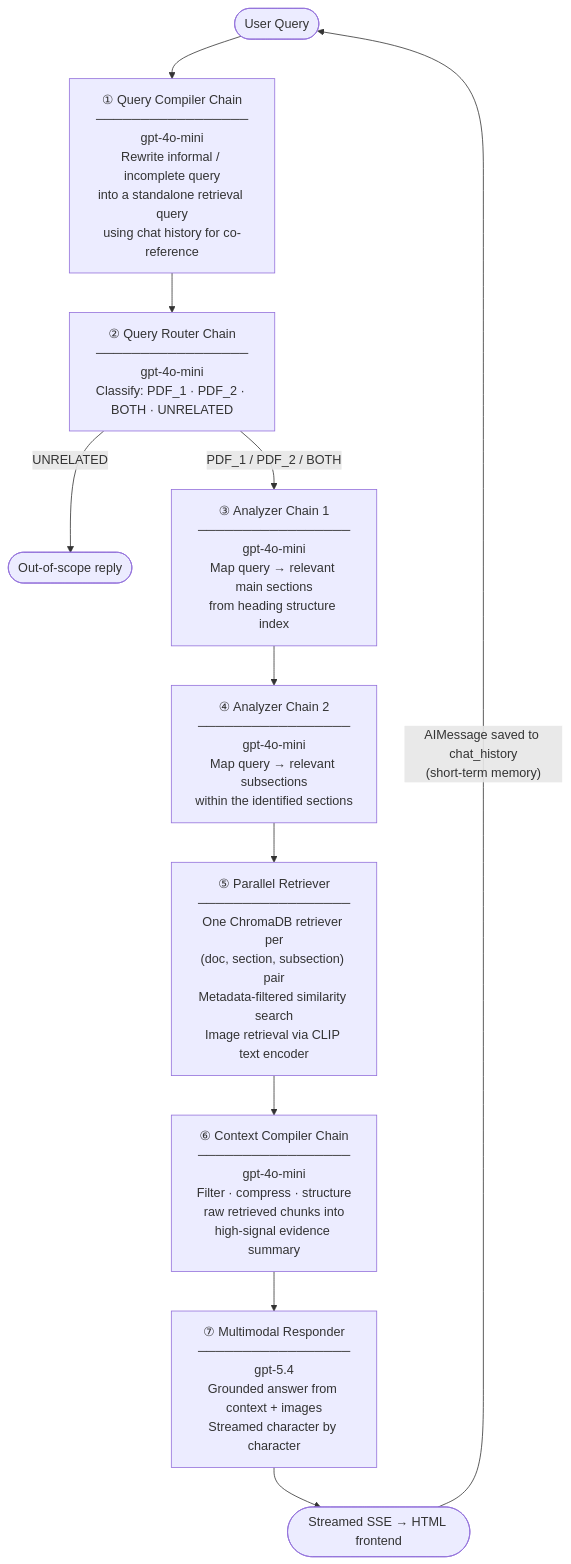
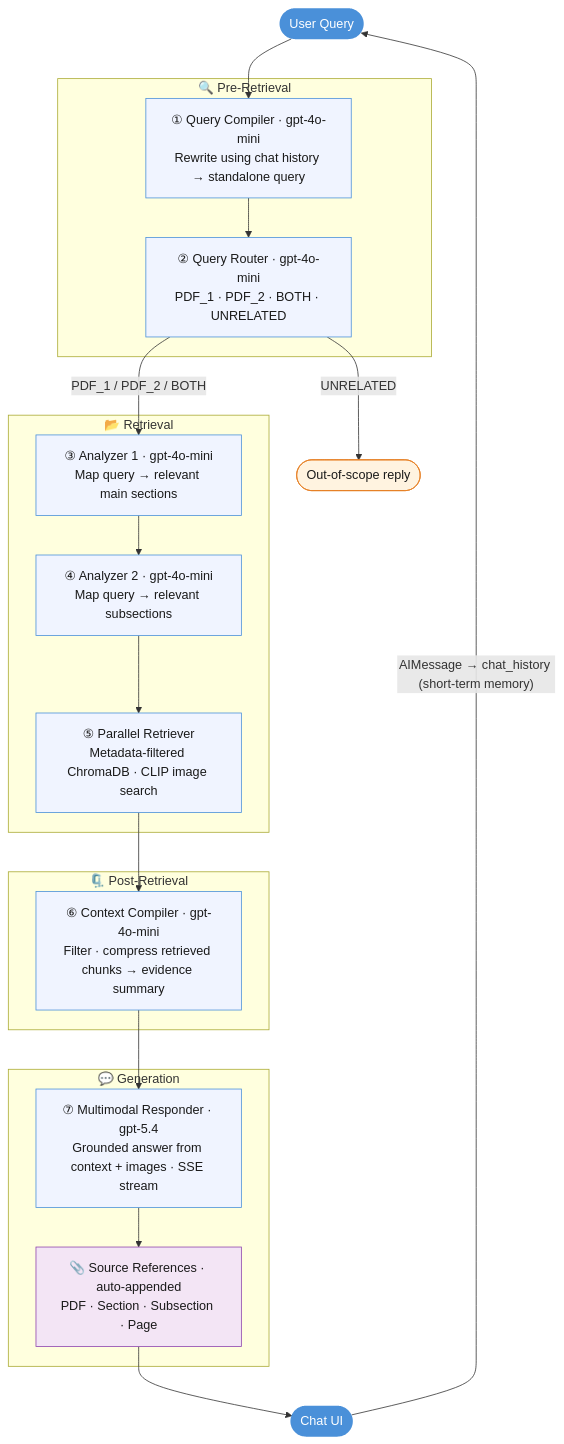
Before and after one commit to qing123777/multimodal-rag-pipeline: the second of 2 diagrams in README.md, drawn with Mermaid. The commit also changed other lines of this file, not shown here.

Commit message:
Updated README.md (retrieval diagram)

````diff
--- a/README.md
+++ b/README.md
@@ -70,23 +70,42 @@
 ```mermaid
 flowchart TD
-    U([User Query]) --> A
+    classDef proc  fill:#f0f4ff,stroke:#4a90d9,color:#1a1a1a
+    classDef store fill:#e8f5e9,stroke:#2d6a4f,color:#1a1a1a
+    classDef src   fill:#4a90d9,color:#fff,stroke:none
+    classDef ref   fill:#f3e5f5,stroke:#8e44ad,color:#1a1a1a
+    classDef guard fill:#fff3e0,stroke:#e67e22,color:#1a1a1a
 
-    A["① Query Compiler Chain\n─────────────────\ngpt-4o-mini\nRewrite informal / incomplete query\ninto a standalone retrieval query\nusing chat history for co-reference"]
+    U([User Query]):::src
 
-    A --> B["② Query Router Chain\n─────────────────\ngpt-4o-mini\nClassify: PDF_1 · PDF_2 · BOTH · UNRELATED"]
+    subgraph PRE["🔍 Pre-Retrieval"]
+        A["① Query Compiler · gpt-4o-mini\nRewrite using chat history → standalone query"]:::proc
+        B["② Query Router · gpt-4o-mini\nPDF_1 · PDF_2 · BOTH · UNRELATED"]:::proc
+    end
 
-    B -->|UNRELATED| Z([Out-of-scope reply])
+    subgraph RET["📂 Retrieval"]
+        C["③ Analyzer 1 · gpt-4o-mini\nMap query → relevant main sections"]:::proc
+        D["④ Analyzer 2 · gpt-4o-mini\nMap query → relevant subsections"]:::proc
+        E["⑤ Parallel Retriever\nMetadata-filtered ChromaDB · CLIP image search"]:::proc
+    end
 
-    B -->|PDF_1 / PDF_2 / BOTH| C["③ Analyzer Chain 1\n─────────────────\ngpt-4o-mini\nMap query → relevant main sections\nfrom heading structure index"]
+    subgraph POST["🗜️ Post-Retrieval"]
+        F["⑥ Context Compiler · gpt-4o-mini\nFilter · compress retrieved chunks → evidence summary"]:::proc
+    end
 
-    C --> D["④ Analyzer Chain 2\n─────────────────\ngpt-4o-mini\nMap query → relevant subsections\nwithin the identified sections"]
+    subgraph GEN["💬 Generation"]
+        G["⑦ Multimodal Responder · gpt-5.4\nGrounded answer from context + images · SSE stream"]:::proc
+        R["📎 Source References · auto-appended\nPDF · Section · Subsection · Page"]:::ref
+    end
 
-    D --> E["⑤ Parallel Retriever\n─────────────────\nOne ChromaDB retriever per\n(doc, section, subsection) pair\nMetadata-filtered similarity search\nImage retrieval via CLIP text encoder"]
-
-    E --> F["⑥ Context Compiler Chain\n─────────────────\ngpt-4o-mini\nFilter · compress · structure\nraw retrieved chunks into\nhigh-signal evidence summary"]
-
-    F --> G["⑦ Multimodal Responder\n─────────────────\ngpt-5.4\nGrounded answer from context + images\nStreamed character by character"]
-
-    G --> H([Streamed SSE → HTML frontend])
-    H -->|"AIMessage saved to chat_history\n(short-term memory)"| U
+    U --> A
+    A --> B
+    B -->|UNRELATED| Z([Out-of-scope reply]):::guard
+    B -->|"PDF_1 / PDF_2 / BOTH"| C
+    C --> D
+    D --> E
+    E --> F
+    F --> G
+    G --> R
+    R --> H([Chat UI]):::src
+    H -->|"AIMessage → chat_history (short-term memory)"| U
 ```
````
